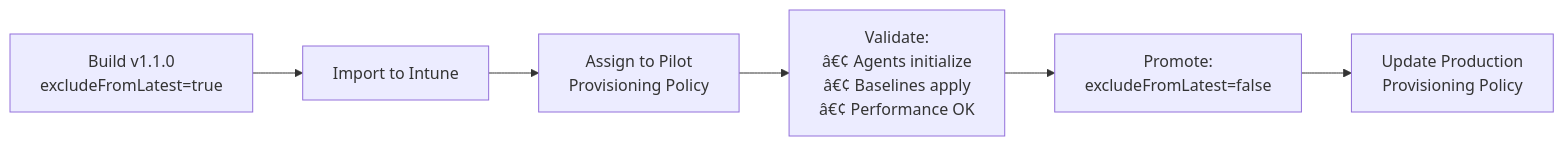
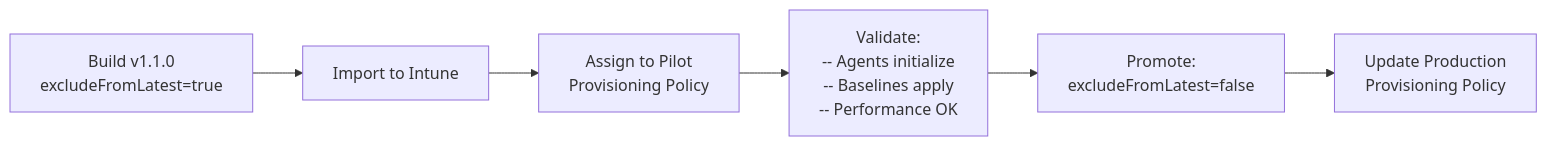
The fourth of 7 diagrams in README.md (kkaminsk/W365ClawBook), drawn with Mermaid before and after one commit. The commit also changed other lines of this file, not shown here.

First line of the commit message:
Fix README typography and add Key Vault flow

````diff
--- a/README.md
+++ b/README.md
@@ -1870,8 +1870,8 @@
 ```mermaid
 graph LR
     BUILD[Build v1.1.0<br/>excludeFromLatest=true] --> IMPORT[Import to Intune]
     IMPORT --> PILOT[Assign to Pilot<br/>Provisioning Policy]
-    PILOT --> TEST[Validate:<br/>â€¢ Agents initialize<br/>â€¢ Baselines apply<br/>â€¢ Performance OK]
+    PILOT --> TEST[Validate:<br/>-- Agents initialize<br/>-- Baselines apply<br/>-- Performance OK]
     TEST --> PROMOTE[Promote:<br/>excludeFromLatest=false]
     PROMOTE --> PROD[Update Production<br/>Provisioning Policy]
 ```
````
